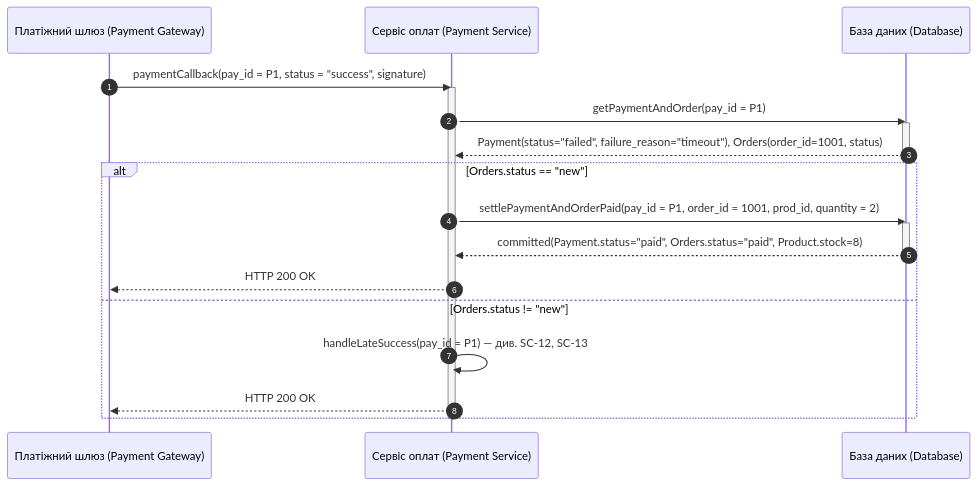
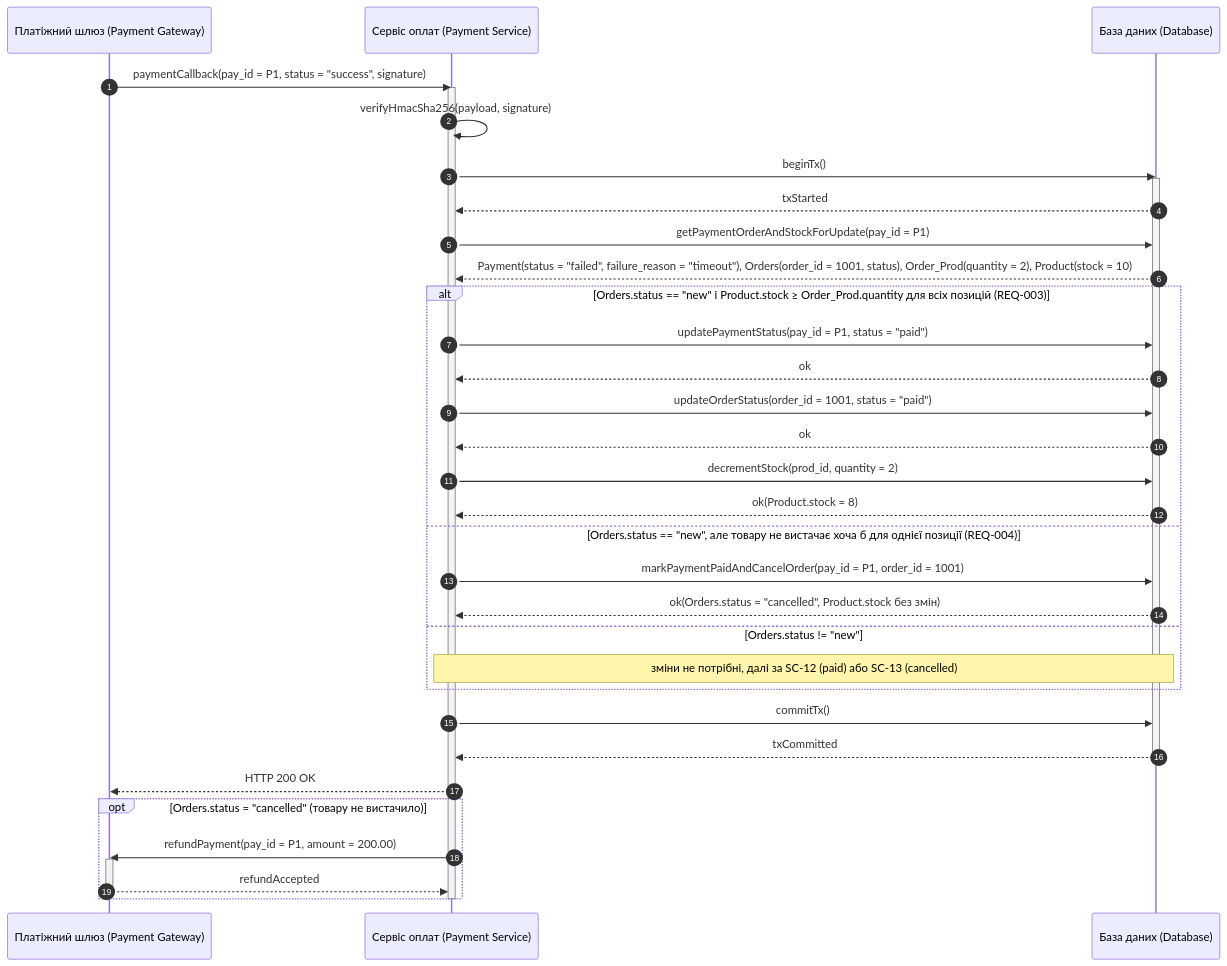
The ninth of 15 diagrams in Lab3/diagram.md (hutnichs/KPI_MAVPZ), drawn with Mermaid before and after one commit. The commit also changed other lines of this file and 1 other file, not shown here.

Commit message:
Updated payment callback, error messages and prompt added

````diff
--- a/Lab3/diagram.md
+++ b/Lab3/diagram.md
@@ -341,25 +387,42 @@
 ```mermaid
 sequenceDiagram
     autonumber
     participant PGW as Платіжний шлюз (Payment Gateway)
     participant PS as Сервіс оплат (Payment Service)
     participant DB as База даних (Database)
 
     PGW->>PS: paymentCallback(pay_id = P1, status = "success", signature)
     activate PS
-    PS->>DB: getPaymentAndOrder(pay_id = P1)
+    PS->>PS: verifyHmacSha256(payload, signature)
+    PS->>DB: beginTx()
     activate DB
-    DB-->>PS: Payment(status="failed", failure_reason="timeout"), Orders(order_id=1001, status)
+    DB-->>PS: txStarted
+    PS->>DB: getPaymentOrderAndStockForUpdate(pay_id = P1)
+    DB-->>PS: Payment(status = "failed", failure_reason = "timeout"), Orders(order_id = 1001, status), Order_Prod(quantity = 2), Product(stock = 10)
+
+    alt Orders.status == "new" і Product.stock ≥ Order_Prod.quantity для всіх позицій (REQ-003)
+        PS->>DB: updatePaymentStatus(pay_id = P1, status = "paid")
+        DB-->>PS: ok
+        PS->>DB: updateOrderStatus(order_id = 1001, status = "paid")
+        DB-->>PS: ok
+        PS->>DB: decrementStock(prod_id, quantity = 2)
+        DB-->>PS: ok(Product.stock = 8)
+    else Orders.status == "new", але товару не вистачає хоча б для однієї позиції (REQ-004)
+        PS->>DB: markPaymentPaidAndCancelOrder(pay_id = P1, order_id = 1001)
+        DB-->>PS: ok(Orders.status = "cancelled", Product.stock без змін)
+    else Orders.status != "new"
+        Note over PS,DB: зміни не потрібні, далі за SC-12 (paid) або SC-13 (cancelled)
+    end
+    PS->>DB: commitTx()
+    DB-->>PS: txCommitted
     deactivate DB
-    alt Orders.status == "new"
-        PS->>DB: settlePaymentAndOrderPaid(pay_id = P1, order_id = 1001, prod_id, quantity = 2)
-        activate DB
-        DB-->>PS: committed(Payment.status="paid", Orders.status="paid", Product.stock=8)
-        deactivate DB
-        PS-->>PGW: HTTP 200 OK
-    else Orders.status != "new"
-        PS->>PS: handleLateSuccess(pay_id = P1) — див. SC-12, SC-13
-        PS-->>PGW: HTTP 200 OK
+    PS-->>PGW: HTTP 200 OK
+
+    opt Orders.status = "cancelled" (товару не вистачило)
+        PS->>PGW: refundPayment(pay_id = P1, amount = 200.00)
+        activate PGW
+        PGW-->>PS: refundAccepted
+        deactivate PGW
     end
     deactivate PS
 ```
````
